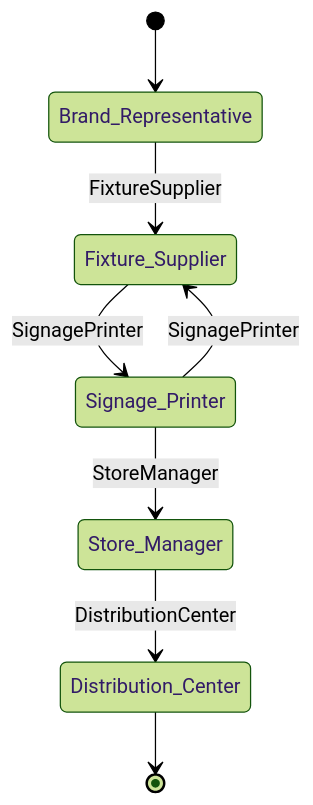
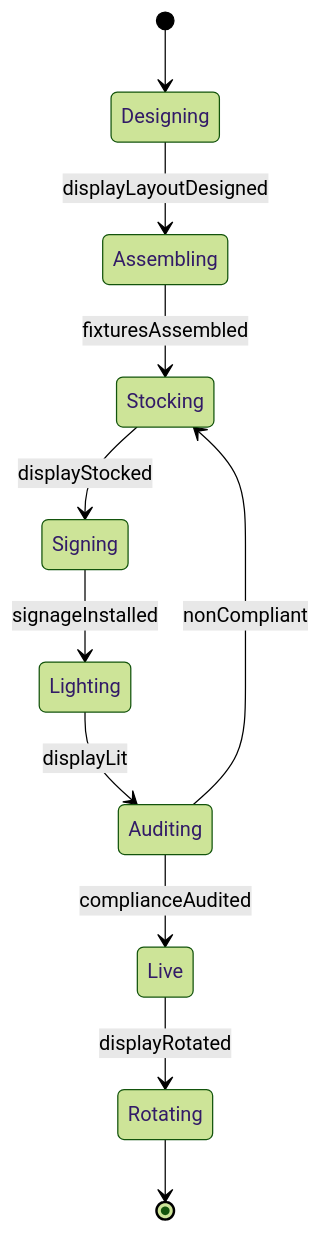
One commit to dot-org-ai/tasks.org.ai changed the second of 4 diagrams in HandlingAndMovingObjects/ArrangeDisplaysOrDecorations/SetUpMerchandiseDisplays.mdx. Above: the diagram before and after it, drawn with Mermaid (forest theme). The commit also changed other lines of this file and 515 other files, not shown here.

````diff
--- a/HandlingAndMovingObjects/ArrangeDisplaysOrDecorations/SetUpMerchandiseDisplays.mdx
+++ b/HandlingAndMovingObjects/ArrangeDisplaysOrDecorations/SetUpMerchandiseDisplays.mdx
@@ -98,10 +97,13 @@
 ```mermaid
 stateDiagram-v2
-    [*] --> Brand_Representative
-    Brand_Representative --> Fixture_Supplier: FixtureSupplier
-    Fixture_Supplier --> Signage_Printer: SignagePrinter
-    Signage_Printer --> Store_Manager: StoreManager
-    Store_Manager --> Distribution_Center: DistributionCenter
-    Signage_Printer --> Fixture_Supplier: SignagePrinter
-    Distribution_Center --> [*]
+    [*] --> Designing
+    Designing --> Assembling : displayLayoutDesigned
+    Assembling --> Stocking : fixturesAssembled
+    Stocking --> Signing : displayStocked
+    Signing --> Lighting : signageInstalled
+    Lighting --> Auditing : displayLit
+    Auditing --> Live : complianceAudited
+    Auditing --> Stocking : nonCompliant
+    Live --> Rotating : displayRotated
+    Rotating --> [*]
 ```
````
